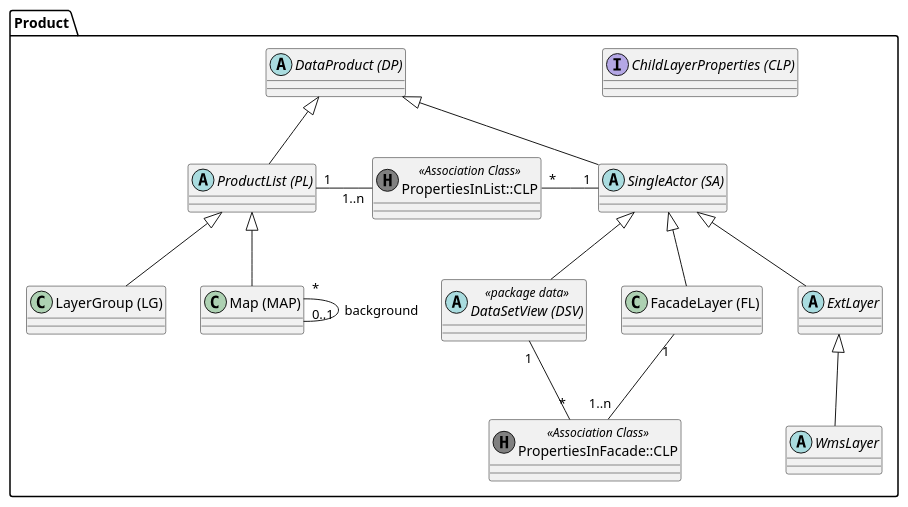
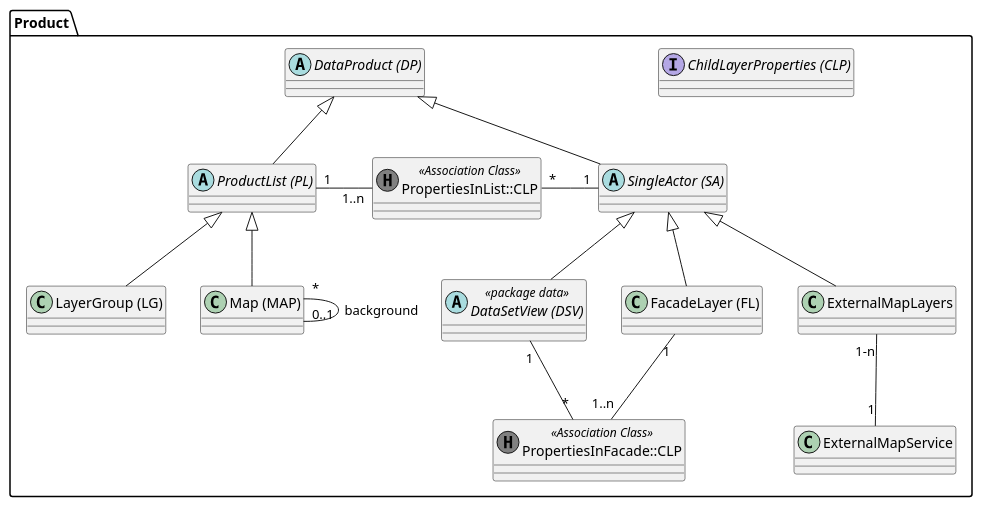
The diagram in code/doc/puml/src/product.puml (sogis/simi), drawn with PlantUML before and after one commit. The commit also changed 22 other files, not shown here.

Commit message:
added ext wms wmts screens

```diff
--- a/code/doc/puml/src/product.puml
+++ b/code/doc/puml/src/product.puml
@@ -1,40 +1,40 @@
 @startuml
 package Product {
   interface "ChildLayerProperties (CLP)" as clp
   abstract class "DataProduct (DP)" as dp
 
   abstract class "ProductList (PL)" as pl
   class "LayerGroup (LG)" as lg
   class "Map (MAP)" as map
 
   abstract class "SingleActor (SA)" as sa
   class "FacadeLayer (FL)" as fl
   abstract class "DataSetView (DSV)" as dsv << package data >>
-  abstract class "ExtLayer" as el
-  abstract class "WmsLayer" as wl
+  class "ExternalMapLayers" as el
+  class "ExternalMapService" as es
 
   class "PropertiesInFacade::CLP" as pif << (H, grey) Association Class >>
   class "PropertiesInList::CLP" as pil << (H, grey) Association Class >>
 
   dp <|-- pl
 
   pl <|-- lg
   pl <|-- map
 
   dp <|-- sa
 
   sa <|-- dsv
   sa <|-- fl
   sa <|-- el
 
-  el <|-- wl
-
   pl "1" -right- "1..n" pil : "      "
   pil "*" -right- "1" sa : "      "
 
   map "*" -- "0..1" map : "background"
 
   fl "1" -- "1..n" pif : "      "
   pif "*" -up- "1" dsv : "      "
+
+  el "1-n" -- "1" es
 }
 @enduml
```
